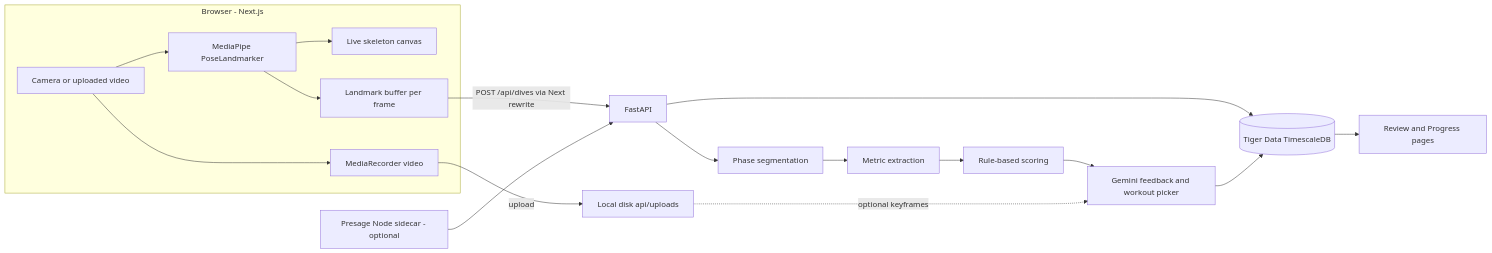
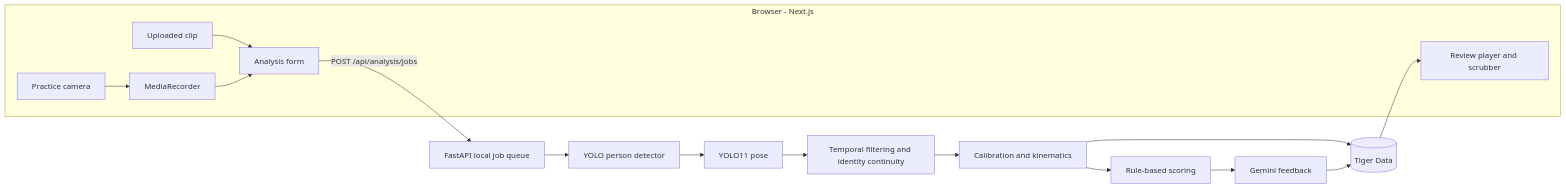
One commit to arvinmefsha/owlhacks-2026 changed the diagram in PLAN.md. Above: the diagram before and after it, drawn with Mermaid. The commit also changed other lines of this file and 56 other files, not shown here.

Commit message:
Replace MediaPipe with YOLO diving analysis

````diff
--- a/PLAN.md
+++ b/PLAN.md
@@ -61,20 +27,19 @@
 ```mermaid
 flowchart LR
-  subgraph browser [Browser - Next.js]
-    Cam[Camera or uploaded video] --> PL[MediaPipe PoseLandmarker]
-    PL --> Overlay[Live skeleton canvas]
-    PL --> Buffer[Landmark buffer per frame]
-    Cam --> Rec[MediaRecorder video]
+  subgraph Browser[Browser - Next.js]
+    Camera[Practice camera] --> Recorder[MediaRecorder]
+    Upload[Uploaded clip] --> Submit[Analysis form]
+    Recorder --> Submit
+    Review[Review player and scrubber]
   end
-  Buffer -->|"POST /api/dives via Next rewrite"| API[FastAPI]
-  Rec -->|upload| Store[Local disk api/uploads]
-  API --> Seg[Phase segmentation]
-  Seg --> Metrics[Metric extraction]
+  Submit -->|POST /api/analysis/jobs| Queue[FastAPI local job queue]
+  Queue --> Detect[YOLO person detector]
+  Detect --> Pose[YOLO11 pose]
+  Pose --> Filter[Temporal filtering and identity continuity]
+  Filter --> Metrics[Calibration and kinematics]
   Metrics --> Score[Rule-based scoring]
-  Score --> LLM[Gemini feedback and workout picker]
-  Store -.->|"optional keyframes"| LLM
-  API --> TS[(Tiger Data TimescaleDB)]
-  LLM --> TS
-  Presage[Presage Node sidecar - optional] --> API
-  TS --> Review[Review and Progress pages]
+  Score --> Coach[Gemini feedback]
+  Metrics --> DB[(Tiger Data)]
+  Coach --> DB
+  DB --> Review
 ```
````
